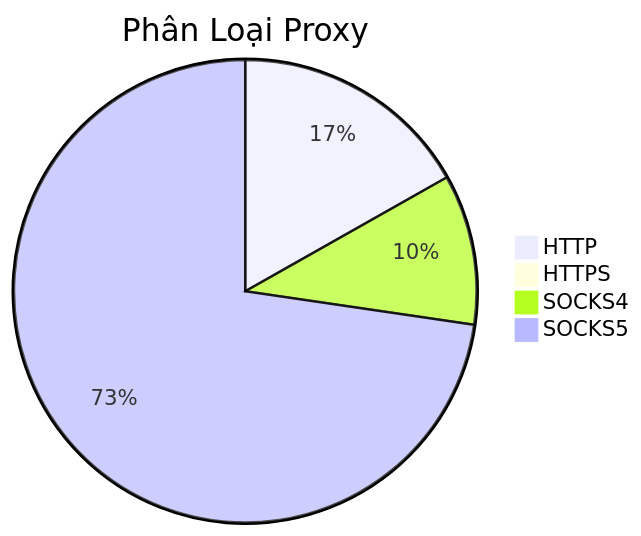
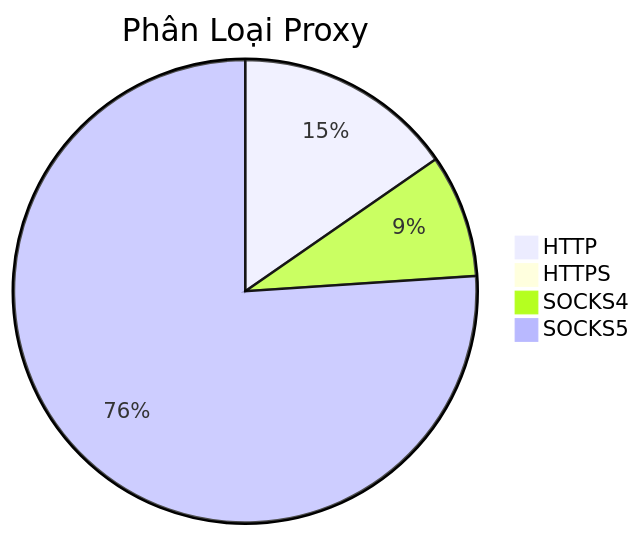
One commit to Ciara-Aa/PROXY-free changed the diagram in README.md. Above: the diagram before and after it, drawn with Mermaid. The commit also changed other lines of this file and 4 other files, not shown here.

````diff
--- a/README.md
+++ b/README.md
@@ -26,7 +26,7 @@
 ```mermaid
 pie title Phân Loại Proxy
-    "HTTP" : 394
-    "HTTPS" : 5
-    "SOCKS4" : 246
-    "SOCKS5" : 1703
+    "HTTP" : 388
+    "HTTPS" : 1
+    "SOCKS4" : 217
+    "SOCKS5" : 1922
 ```
````
